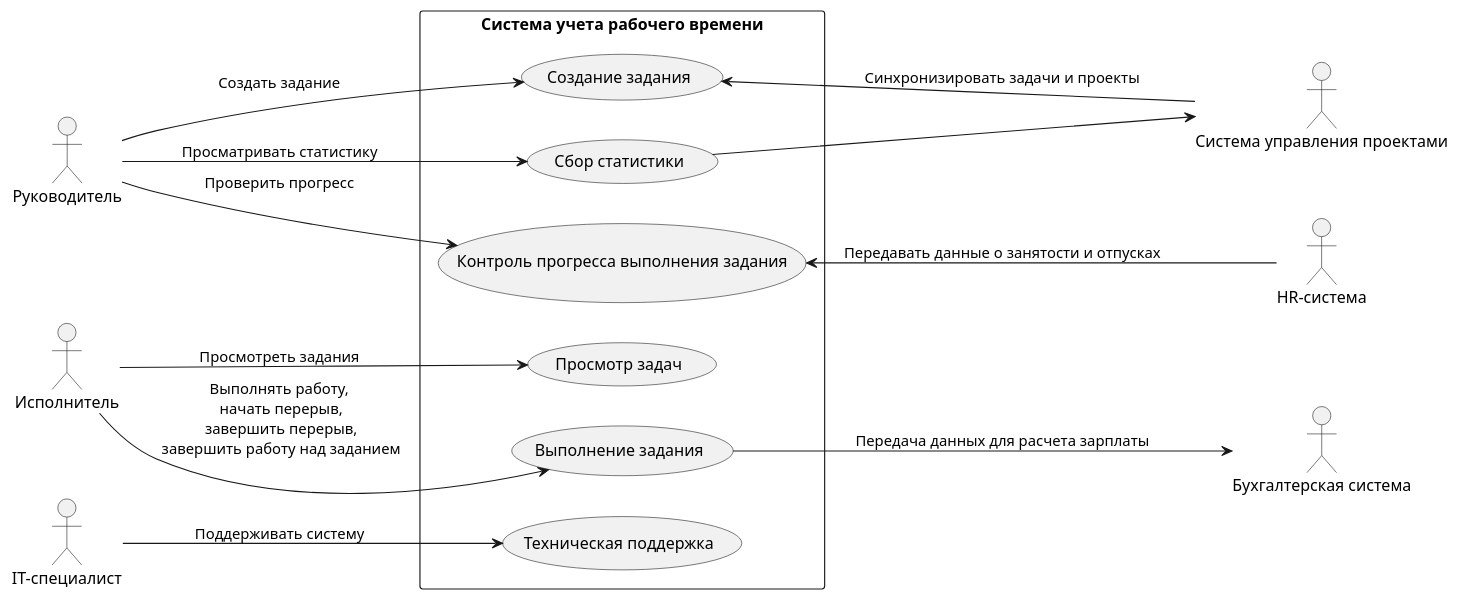
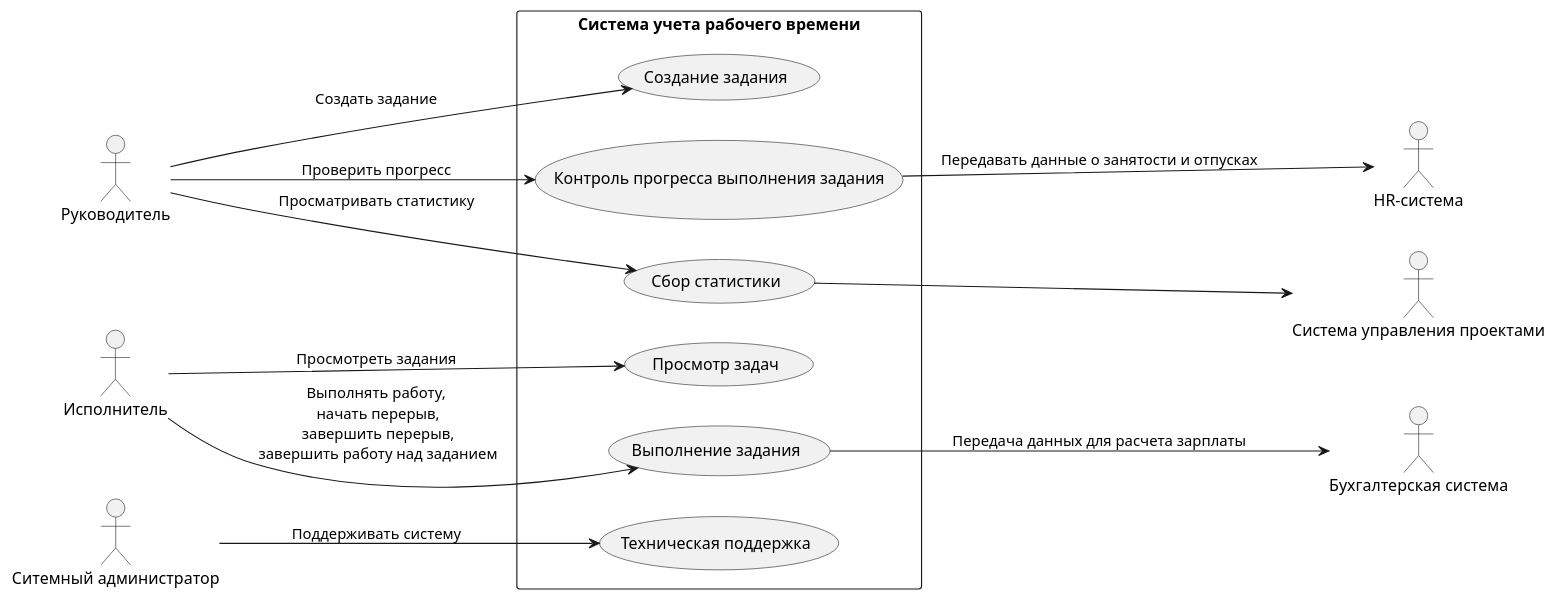
One commit to penamarth/bsbo-01-22_team5_var7 changed the diagram in Прецеденты/Диаграмма прецедентов.wsd. Above: the diagram before and after it, drawn with PlantUML.

Commit message:
Диаграмма прецедентов.wsd

```diff
--- a/Прецеденты/Диаграмма прецедентов.wsd
+++ b/Прецеденты/Диаграмма прецедентов.wsd
@@ -1,31 +1,32 @@
 @startuml
 left to right direction
 actor "Руководитель" as Manager
 actor "Исполнитель" as Worker
-actor "IT-специалист" as IT
+actor "Ситемный администратор" as SystemsAdministrator
+actor "HR" as HR
 
 rectangle "Система учета рабочего времени" {
     usecase "Создание задания" as UC1
     usecase "Просмотр задач" as UC2
     usecase "Контроль прогресса выполнения задания" as UC3
     usecase "Выполнение задания" as UC4
     usecase "Техническая поддержка" as UC5
     usecase "Сбор статистики" as UC6
     
 }
 Manager --> UC6: Просматривать статистику
 Manager --> UC1 : Создать задание
 Worker --> UC2 : Просмотреть задания
 Manager --> UC3 : Проверить прогресс
 Worker --> UC4 : Выполнять работу,\n начать перерыв,\n завершить перерыв,\n завершить работу над заданием
-IT --> UC5 : Поддерживать систему
+SystemsAdministrator --> UC5 : Поддерживать систему
 
 actor "Система управления проектами" as PMS
+actor "Бухгалтерская система" as Accounting
 actor "HR-система" as HR
-actor "Бухгалтерская система" as Accounting
 
-UC1 <-- PMS : Синхронизировать задачи и проекты
-UC3 <-- HR : Передавать данные о занятости и отпусках
 UC4 --> Accounting : Передача данных для расчета зарплаты
 UC6 --> PMS
+UC3 --> HR : Передавать данные о занятости и отпусках
+
 @enduml
```
